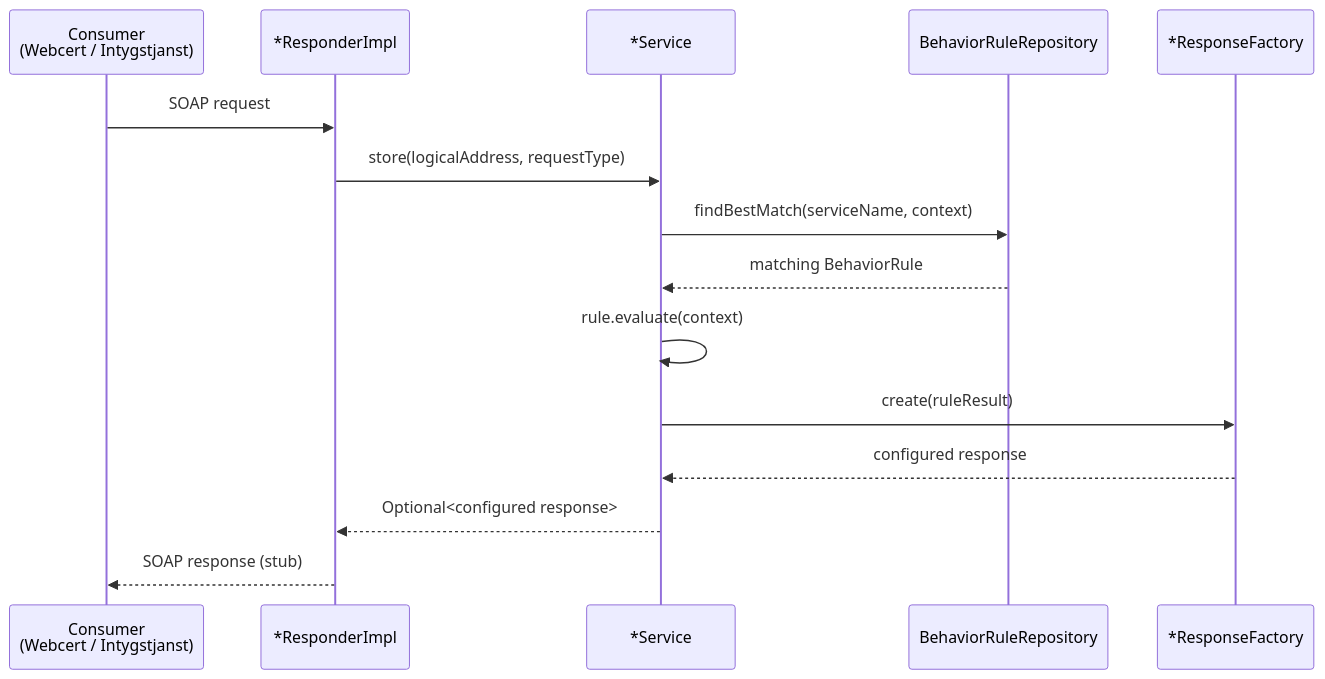
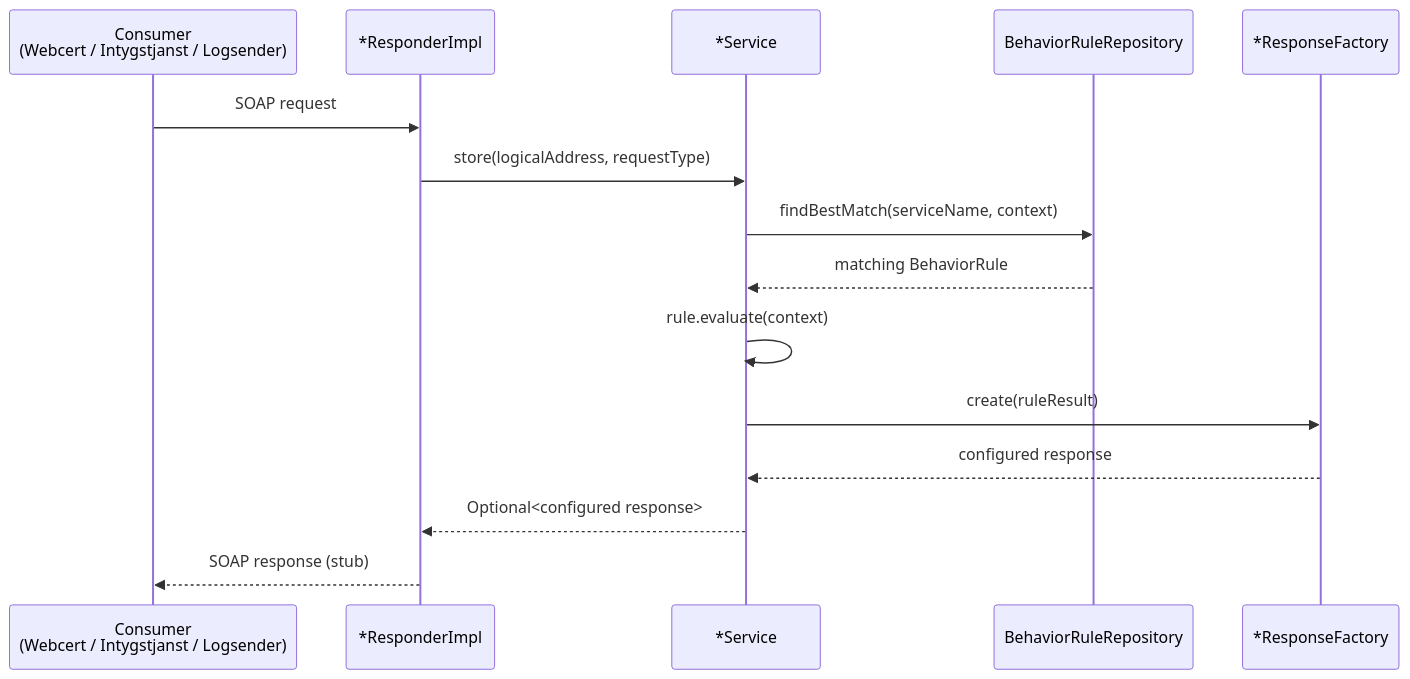
Before and after one commit to sklintyg/intyg-mock-service: the second of 3 diagrams in README.md, drawn with Mermaid. The commit also changed other lines of this file and 111 other files, not shown here.

````diff
--- a/README.md
+++ b/README.md
@@ -155,17 +178,17 @@
 ```mermaid
 sequenceDiagram
-    participant Consumer as Consumer<br/>(Webcert / Intygstjanst)
+    participant Consumer as Consumer<br/>(Webcert / Intygstjanst / Logsender)
     participant Responder as *ResponderImpl
     participant Service as *Service
     participant BehaviorRepo as BehaviorRuleRepository
     participant ResponseFactory as *ResponseFactory
     Consumer ->> Responder: SOAP request
     Responder ->> Service: store(logicalAddress, requestType)
     Service ->> BehaviorRepo: findBestMatch(serviceName, context)
     BehaviorRepo -->> Service: matching BehaviorRule
     Service ->> Service: rule.evaluate(context)
     Service ->> ResponseFactory: create(ruleResult)
     ResponseFactory -->> Service: configured response
     Service -->> Responder: Optional<configured response>
     Responder -->> Consumer: SOAP response (stub)
 ```
````
